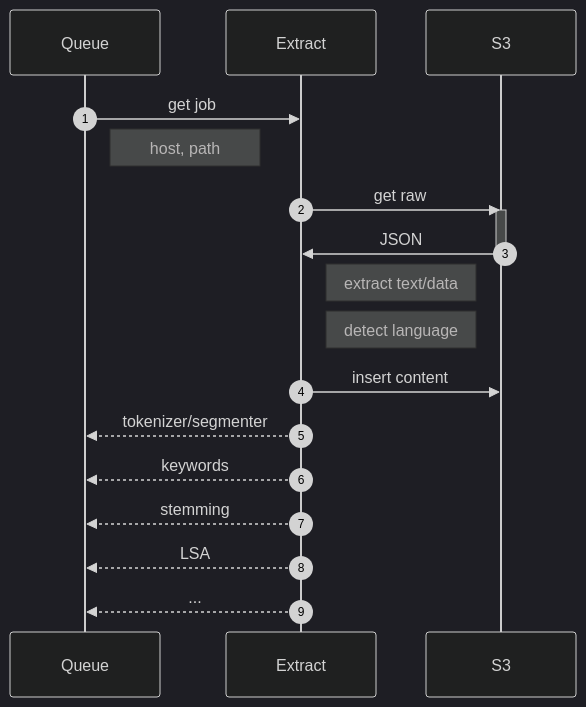
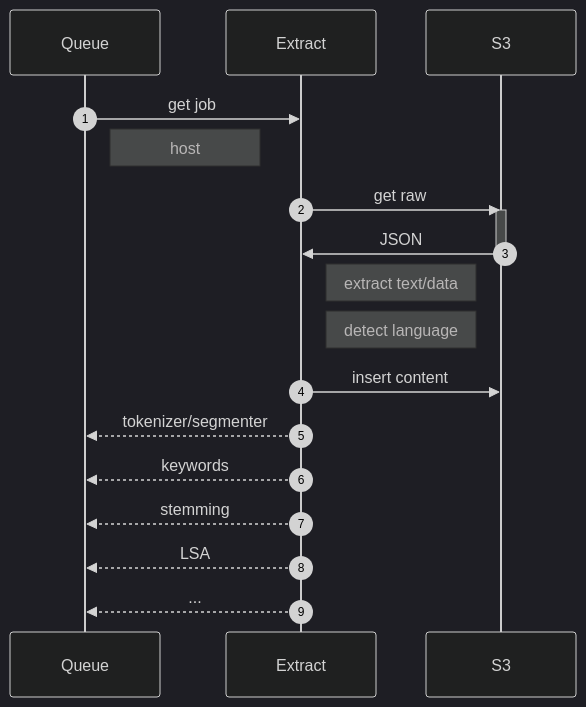
One commit to jadudm/eight changed the diagram in docs/design_extract.md. Above: the diagram before and after it, drawn with Mermaid (dark theme).

````diff
--- a/docs/design_extract.md
+++ b/docs/design_extract.md
@@ -6,22 +6,22 @@
 ```mermaid
 sequenceDiagram
   autonumber
   participant Q as Queue
   participant E as Extract
   participant S as S3
   # ---
   Q->>E: get job
-  note right of Q: host, path 
+  note right of Q: host 
   E->>S: get raw
   activate S
   S->>E: JSON
   deactivate S
   note right of E: extract text/data
   note right of E: detect language
   E->>S: insert content
   E-->>Q: tokenizer/segmenter
   E-->>Q: keywords
   E-->>Q: stemming
   E-->>Q: LSA
   E-->>Q: ...
 ```
````
